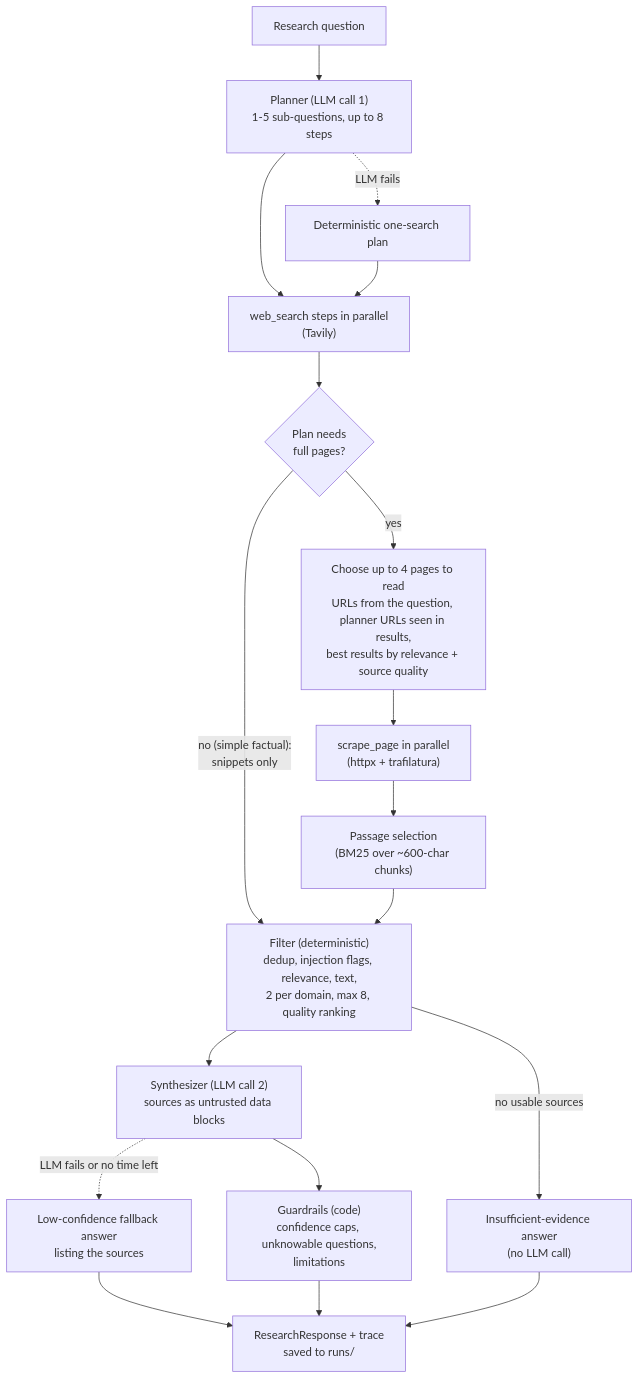
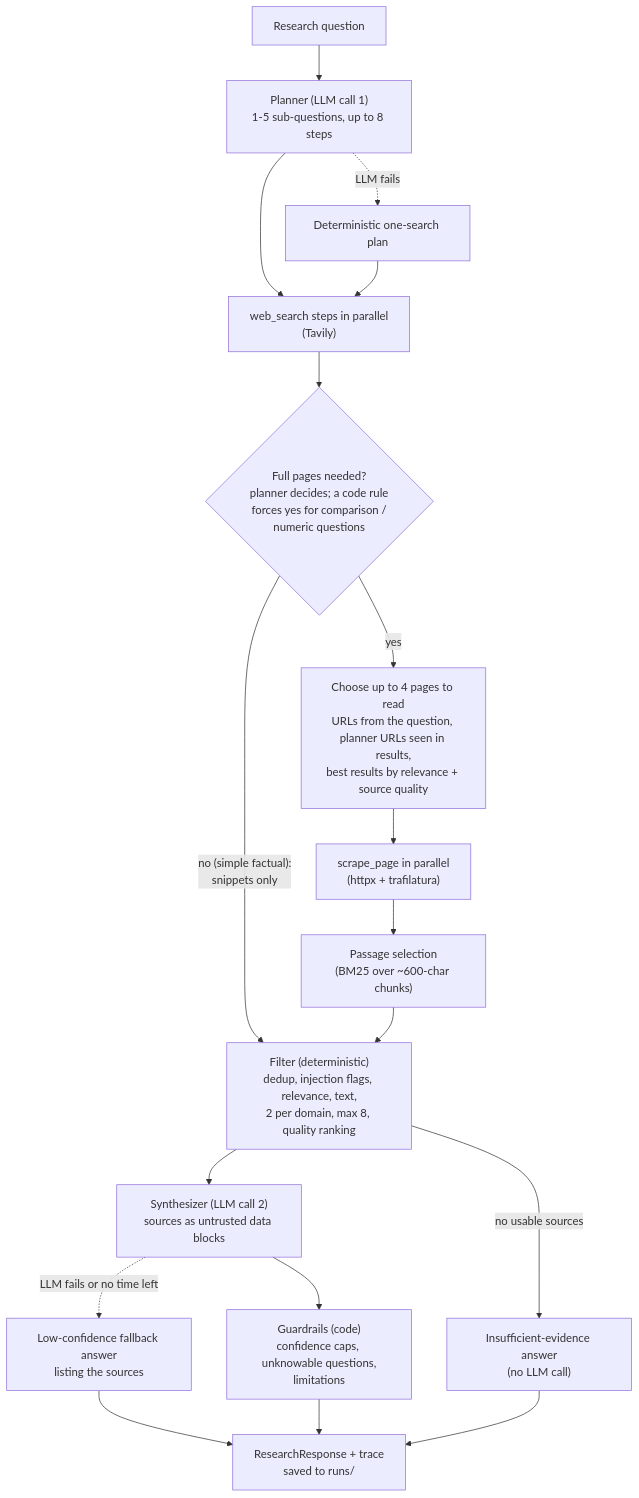
The diagram in README.md (PyushMehta/predixion_assignment), drawn with Mermaid before and after one commit. The commit also changed other lines of this file and 8 other files, not shown here.

````diff
--- a/README.md
+++ b/README.md
@@ -125,20 +162,20 @@
 ```mermaid
 flowchart TD
     Q[Research question] --> P["Planner (LLM call 1)<br/>1-5 sub-questions, up to 8 steps"]
     P -. LLM fails .-> PF[Deterministic one-search plan]
     P --> S["web_search steps in parallel<br/>(Tavily)"]
     PF --> S
-    S --> D{"Plan needs<br/>full pages?"}
+    S --> D{"Full pages needed?<br/>planner decides; a code rule<br/>forces yes for comparison /<br/>numeric questions"}
     D -- "no (simple factual):<br/>snippets only" --> F
     D -- yes --> T["Choose up to 4 pages to read<br/>URLs from the question, planner URLs seen in results,<br/>best results by relevance + source quality"]
     T --> SC["scrape_page in parallel<br/>(httpx + trafilatura)"]
     SC --> PS["Passage selection<br/>(BM25 over ~600-char chunks)"]
     PS --> F["Filter (deterministic)<br/>dedup, injection flags, relevance, text,<br/>2 per domain, max 8, quality ranking"]
     F -- no usable sources --> IE["Insufficient-evidence answer<br/>(no LLM call)"]
     F --> SY["Synthesizer (LLM call 2)<br/>sources as untrusted data blocks"]
     SY -. LLM fails or no time left .-> SF[Low-confidence fallback answer<br/>listing the sources]
     SY --> G["Guardrails (code)<br/>confidence caps, unknowable questions,<br/>limitations"]
     SF --> R
     G --> R["ResearchResponse + trace<br/>saved to runs/"]
     IE --> R
 ```
````
